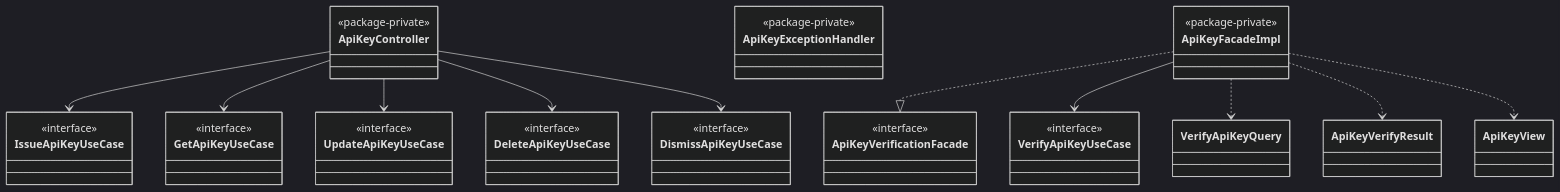
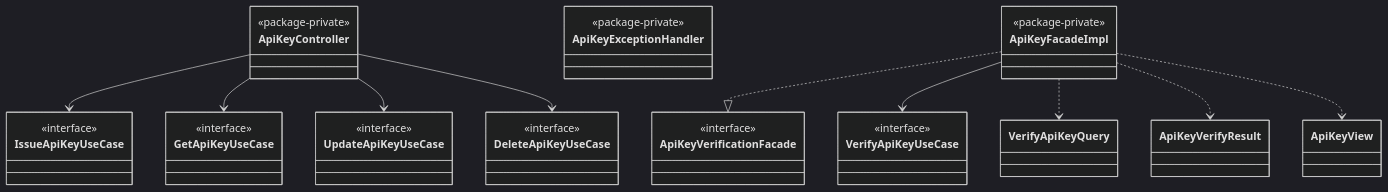
Diagram 11 of 14 in docs/access-context.md (Dhiren9939/HQ-Tier0), drawn with Mermaid (dark theme) before and after one commit. The commit also changed other lines of this file and 30 other files, not shown here.

````diff
--- a/docs/access-context.md
+++ b/docs/access-context.md
@@ -954,38 +925,36 @@
 ```mermaid
 classDiagram
     direction TB
 
     class ApiKeyController {
         <<package-private>>
     }
     class ApiKeyExceptionHandler {
         <<package-private>>
     }
     class ApiKeyFacadeImpl {
         <<package-private>>
     }
 
     class IssueApiKeyUseCase { <<interface>> }
     class GetApiKeyUseCase { <<interface>> }
     class UpdateApiKeyUseCase { <<interface>> }
     class DeleteApiKeyUseCase { <<interface>> }
-    class DismissApiKeyUseCase { <<interface>> }
     class VerifyApiKeyUseCase { <<interface>> }
 
     class ApiKeyVerificationFacade { <<interface>> }
     class VerifyApiKeyQuery
     class ApiKeyVerifyResult
     class ApiKeyView
 
     ApiKeyController --> IssueApiKeyUseCase
     ApiKeyController --> GetApiKeyUseCase
     ApiKeyController --> UpdateApiKeyUseCase
     ApiKeyController --> DeleteApiKeyUseCase
-    ApiKeyController --> DismissApiKeyUseCase
 
     ApiKeyFacadeImpl ..|> ApiKeyVerificationFacade
     ApiKeyFacadeImpl --> VerifyApiKeyUseCase
     ApiKeyFacadeImpl ..> VerifyApiKeyQuery
     ApiKeyFacadeImpl ..> ApiKeyVerifyResult
     ApiKeyFacadeImpl ..> ApiKeyView
 ```
````
